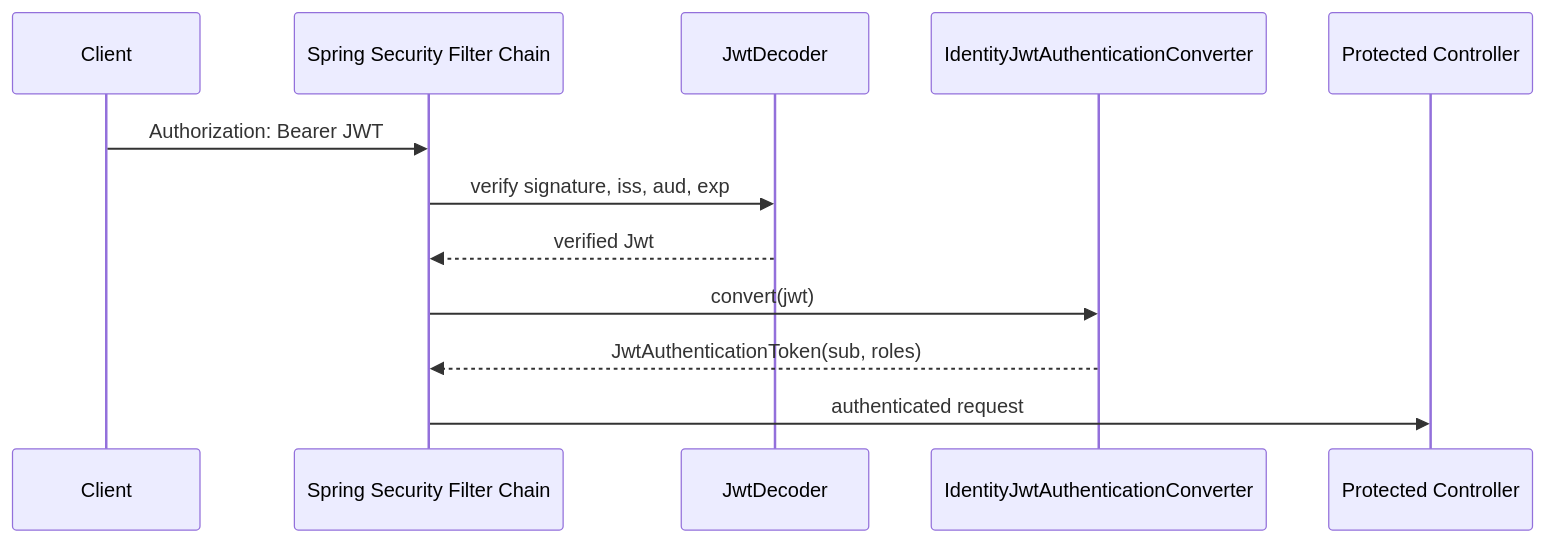
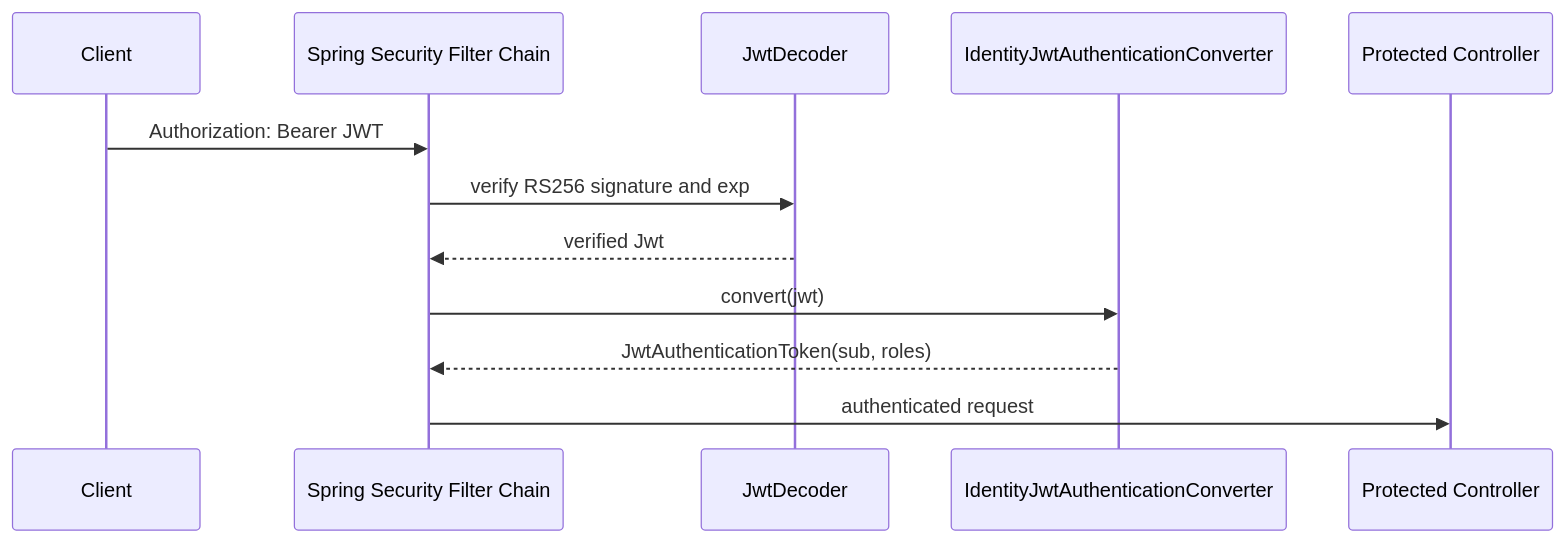
Before and after one commit to EdTechDevelopment/EdTech: the second of 3 diagrams in docs/architecture/diagrams/identity-security.md, drawn with Mermaid. The commit also changed other lines of this file and 140 other files, not shown here.

````diff
--- a/docs/architecture/diagrams/identity-security.md
+++ b/docs/architecture/diagrams/identity-security.md
@@ -28,15 +28,15 @@
 ```mermaid
 sequenceDiagram
     participant C as Client
     participant F as Spring Security Filter Chain
     participant D as JwtDecoder
     participant X as IdentityJwtAuthenticationConverter
     participant API as Protected Controller
 
     C->>F: Authorization: Bearer JWT
-    F->>D: verify signature, iss, aud, exp
+    F->>D: verify RS256 signature and exp
     D-->>F: verified Jwt
     F->>X: convert(jwt)
     X-->>F: JwtAuthenticationToken(sub, roles)
     F->>API: authenticated request
 ```
````
